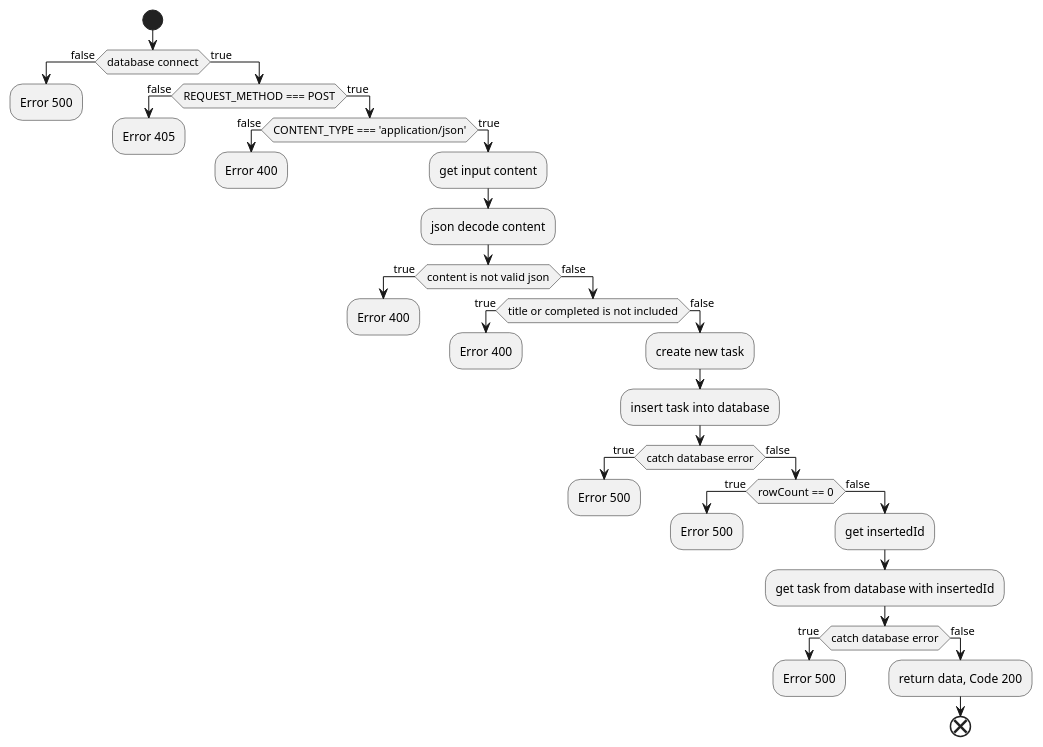
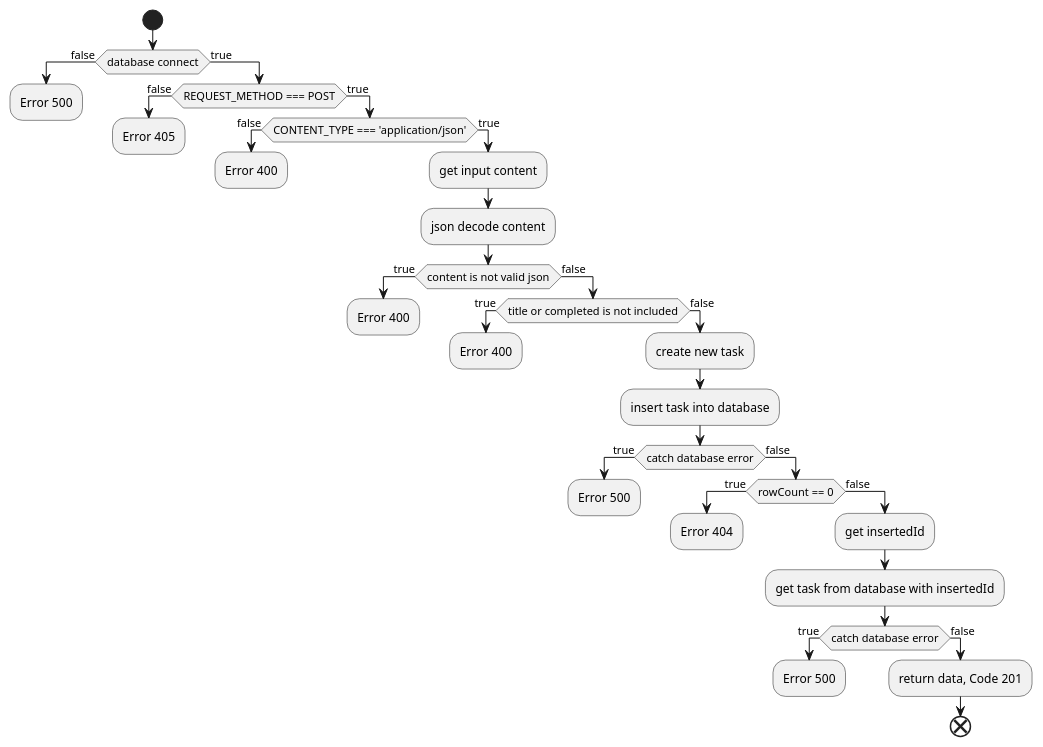
One commit to biyun233/Rest-Api changed the diagram in flowchart/tasks/create.puml. Above: the diagram before and after it, drawn with PlantUML. The commit also changed 4 other files, not shown here.

Commit message:
add update method and flowchart

```diff
--- a/flowchart/tasks/create.puml
+++ b/flowchart/tasks/create.puml
@@ -1,44 +1,44 @@
 @startuml
 start
 if(database connect) then (false)
   :Error 500;
   kill
 else (true)
   if(REQUEST_METHOD === POST) then (false)
     :Error 405;
     kill
   else (true)
     if(CONTENT_TYPE === 'application/json') then (false)
       :Error 400;
       kill
     else (true)
       :get input content;
       :json decode content;
       if(content is not valid json) then (true)
         :Error 400;
         kill
       else (false)
         if(title or completed is not included) then (true)
           :Error 400;
           kill
         else (false)
           :create new task;
           :insert task into database;
           if(catch database error) then (true)
             :Error 500;
             kill
           else (false)
             if(rowCount == 0) then (true)
-              :Error 500;
+              :Error 404;
               kill
             else (false)
               :get insertedId;
               :get task from database with insertedId;
               if(catch database error) then (true)
                 :Error 500;
                 kill
               else (false)
-                :return data, Code 200;
+                :return data, Code 201;
                 end
 
 @enduml
```
